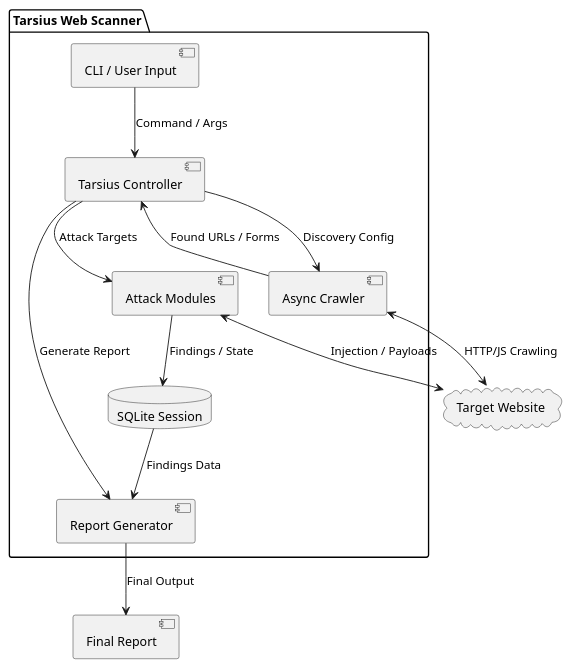
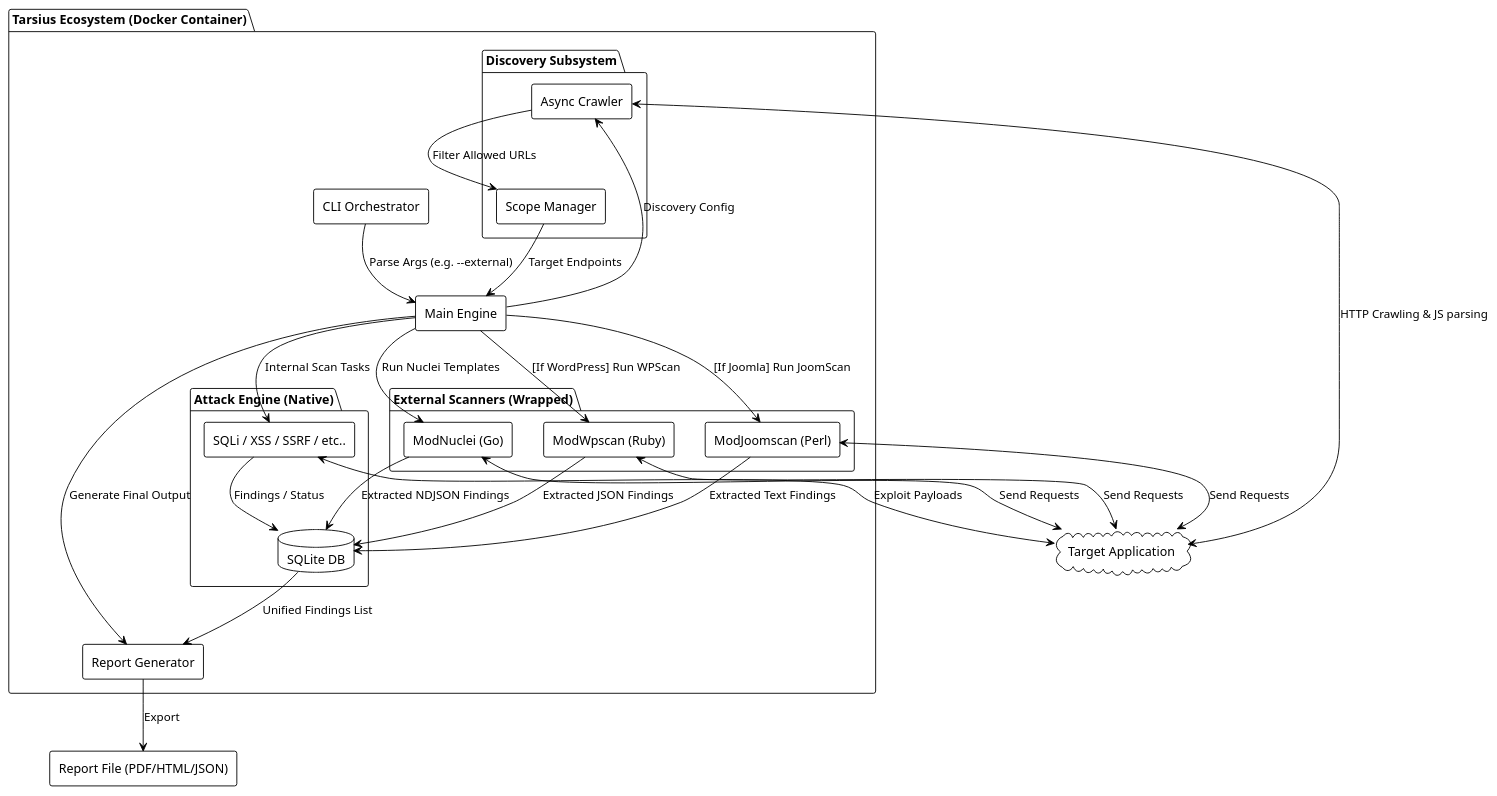
One commit to StealthMoud/Tarsius changed the diagram in docs/diagrams/architecture.puml. Above: the diagram before and after it, drawn with PlantUML. The commit also changed 3 other files, not shown here.

```diff
--- a/docs/diagrams/architecture.puml
+++ b/docs/diagrams/architecture.puml
@@ -1,23 +1,54 @@
 @startuml architecture
-package "Tarsius Web Scanner" {
-    [CLI / User Input] as cli
-    [Tarsius Controller] as engine
-    [Async Crawler] as crawler
-    [Attack Modules] as scanner
-    database "SQLite Session" as db
+!theme plain
+skinparam componentStyle rectangle
+
+package "Tarsius Ecosystem (Docker Container)" {
+    [CLI Orchestrator] as cli
+    [Main Engine] as engine
+    
+    package "Discovery Subsystem" {
+        [Async Crawler] as crawler
+        [Scope Manager] as scope
+    }
+
+    package "Attack Engine (Native)" {
+        [SQLi / XSS / SSRF / etc..] as native_scanner
+        database "SQLite DB" as db
+    }
+
+    package "External Scanners (Wrapped)" {
+        [ModNuclei (Go)] as nuclei
+        [ModWpscan (Ruby)] as wpscan
+        [ModJoomscan (Perl)] as joomscan
+    }
+    
     [Report Generator] as reporter
 }
 
-cloud "Target Website" as web
+cloud "Target Application" as web
 
-cli --> engine : Command / Args
+cli --> engine : Parse Args (e.g. --external)
 engine --> crawler : Discovery Config
-crawler <--> web : HTTP/JS Crawling
-crawler --> engine : Found URLs / Forms
-engine --> scanner : Attack Targets
-scanner <--> web : Injection / Payloads
-scanner --> db : Findings / State
-engine --> reporter : Generate Report
-db --> reporter : Findings Data
-reporter --> [Final Report] : Final Output
+crawler <--> web : HTTP Crawling & JS parsing
+crawler --> scope : Filter Allowed URLs
+scope --> engine : Target Endpoints
+
+engine --> native_scanner : Internal Scan Tasks
+native_scanner <--> web : Exploit Payloads
+
+engine --> nuclei : Run Nuclei Templates
+nuclei <--> web : Send Requests
+engine --> wpscan : [If WordPress] Run WPScan 
+wpscan <--> web : Send Requests
+engine --> joomscan : [If Joomla] Run JoomScan
+joomscan <--> web : Send Requests
+
+native_scanner --> db : Findings / Status
+nuclei --> db : Extracted NDJSON Findings
+wpscan --> db : Extracted JSON Findings
+joomscan --> db : Extracted Text Findings
+
+engine --> reporter : Generate Final Output
+db --> reporter : Unified Findings List
+reporter --> [Report File (PDF/HTML/JSON)] : Export
 @enduml
```
